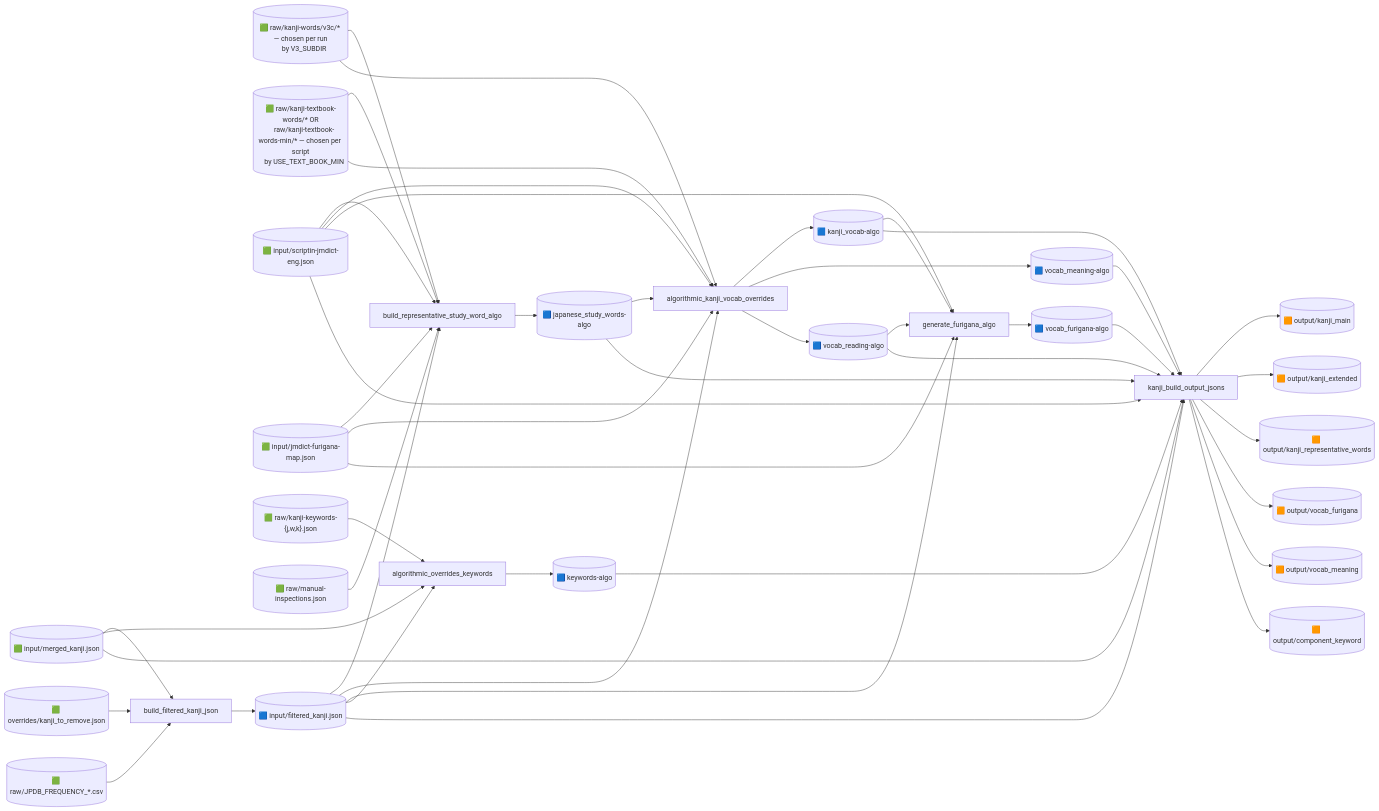
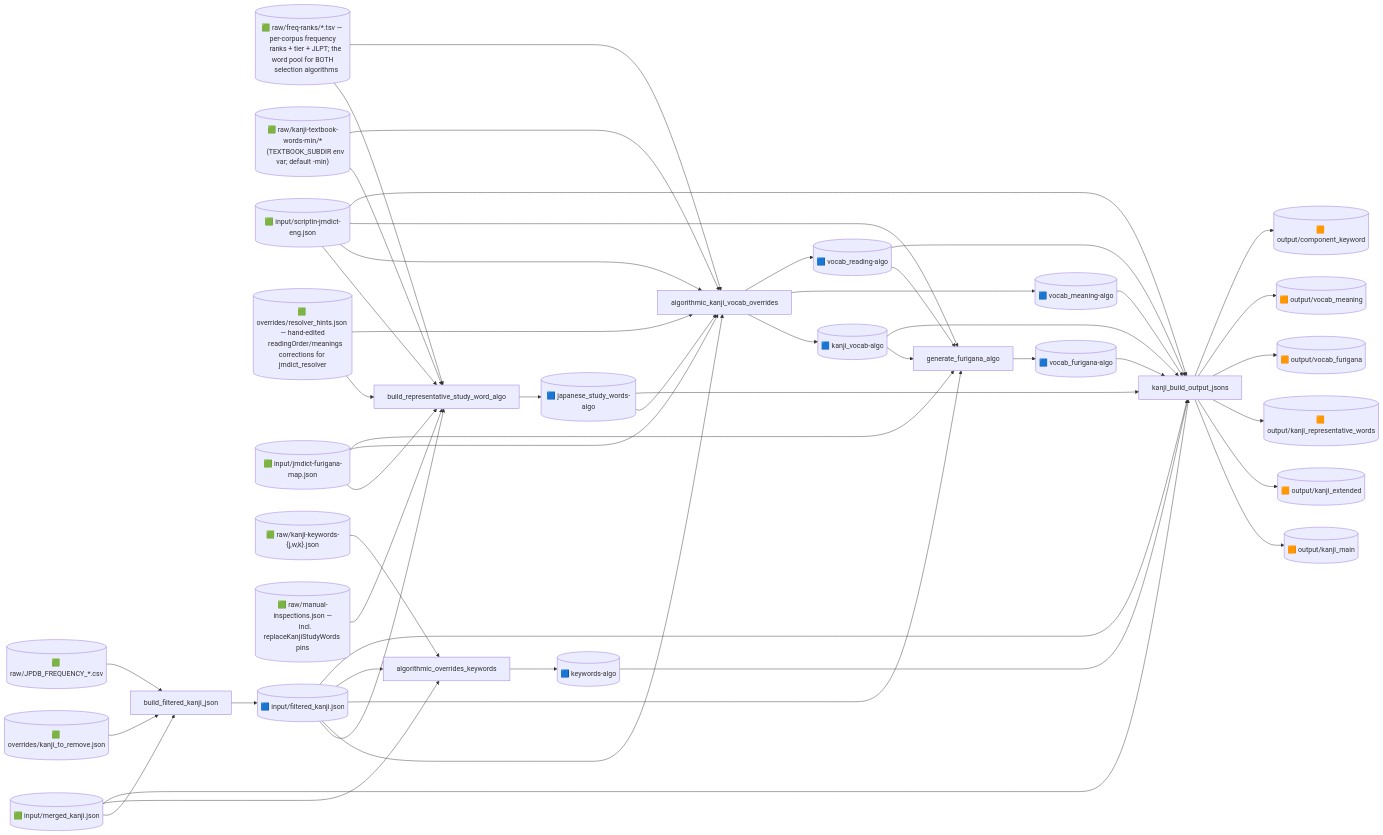
The second of 7 diagrams in notes/flowchart.md (PikaPikaGems/kanji-heatmap-data), drawn with Mermaid before and after one commit. The commit also changed other lines of this file, not shown here.

First line of the commit message:
Update flowchart.md to the post-redesign pipeline

```diff
--- a/notes/flowchart.md
+++ b/notes/flowchart.md
@@ -60,16 +60,19 @@
     %% raw inputs
     merged[("🟩 input/merged_kanji.json")]
     remove[("🟩 overrides/kanji_to_remove.json")]
-    v3[("🟩 raw/kanji-words/v3c/* — chosen per run
-    by V3_SUBDIR")]
-    textbook[("🟩 raw/kanji-textbook-words/* OR
-    raw/kanji-textbook-words-min/* — chosen per script
-    by USE_TEXT_BOOK_MIN")]
+    freqranks[("🟩 raw/freq-ranks/*.tsv — per-corpus frequency
+    ranks + tier + JLPT; the word pool for BOTH
+    selection algorithms")]
+    textbook[("🟩 raw/kanji-textbook-words-min/*
+    (TEXTBOOK_SUBDIR env var; default -min)")]
     jmdict[("🟩 input/scriptin-jmdict-eng.json")]
+    hints[("🟩 overrides/resolver_hints.json — hand-edited
+    readingOrder/meanings corrections for jmdict_resolver")]
     furimap[("🟩 input/jmdict-furigana-map.json")]
     jpdbfreq[("🟩 raw/JPDB_FREQUENCY_*.csv")]
     keywordsraw[("🟩 raw/kanji-keywords-{j,w,k}.json")]
-    manual[("🟩 raw/manual-inspections.json")]
+    manual[("🟩 raw/manual-inspections.json —
+    incl. replaceKanjiStudyWords pins")]
 
     %% scripts
     S1[build_filtered_kanji_json]
@@ -106,17 +109,19 @@
     %% S1 also frequency-orders filtered_kanji.json: Google (in merged) → JPDB → Netflix
 
     filt --> S2
-    v3 --> S2
+    freqranks --> S2
     textbook --> S2
     jmdict --> S2
+    hints --> S2
     manual --> S2
     furimap --> S2
     S2 --> jsw
 
     filt --> S3
-    v3 --> S3
+    freqranks --> S3
     textbook --> S3
     jmdict --> S3
+    hints --> S3
     furimap --> S3
     jsw --> S3
     S3 --> kv & vm & vr
```
